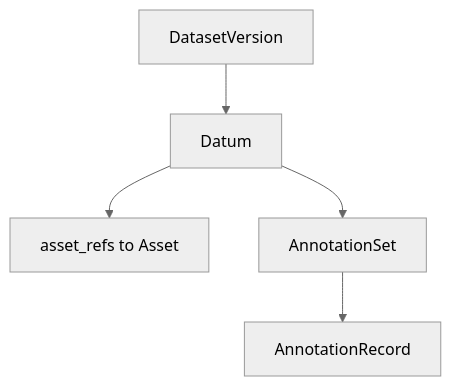
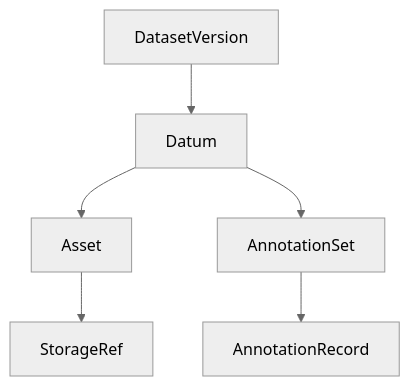
The third of 7 diagrams in docs/datalake-v3-proposal.md (Mindtrace/mindtrace), drawn with Mermaid (neutral theme) before and after one commit. The commit also changed other lines of this file, not shown here.

Commit message:
Minor fixes

````diff
--- a/docs/datalake-v3-proposal.md
+++ b/docs/datalake-v3-proposal.md
@@ -596,7 +595,8 @@
 ```mermaid
 flowchart TD
     DV[DatasetVersion] --> D[Datum]
-    D --> ARF[asset_refs to Asset]
+    D --> A[Asset]
     D --> AS[AnnotationSet]
     AS --> AR[AnnotationRecord]
+    A --> SR[StorageRef]
 ```
````
